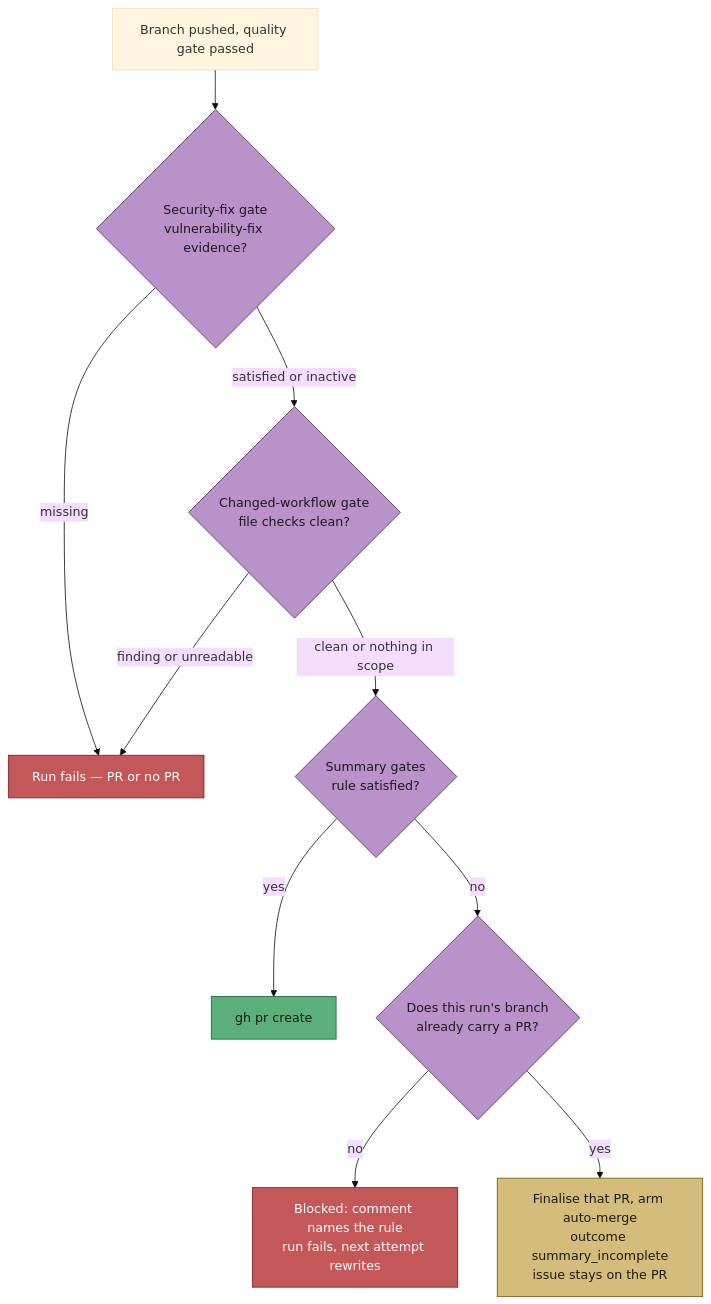
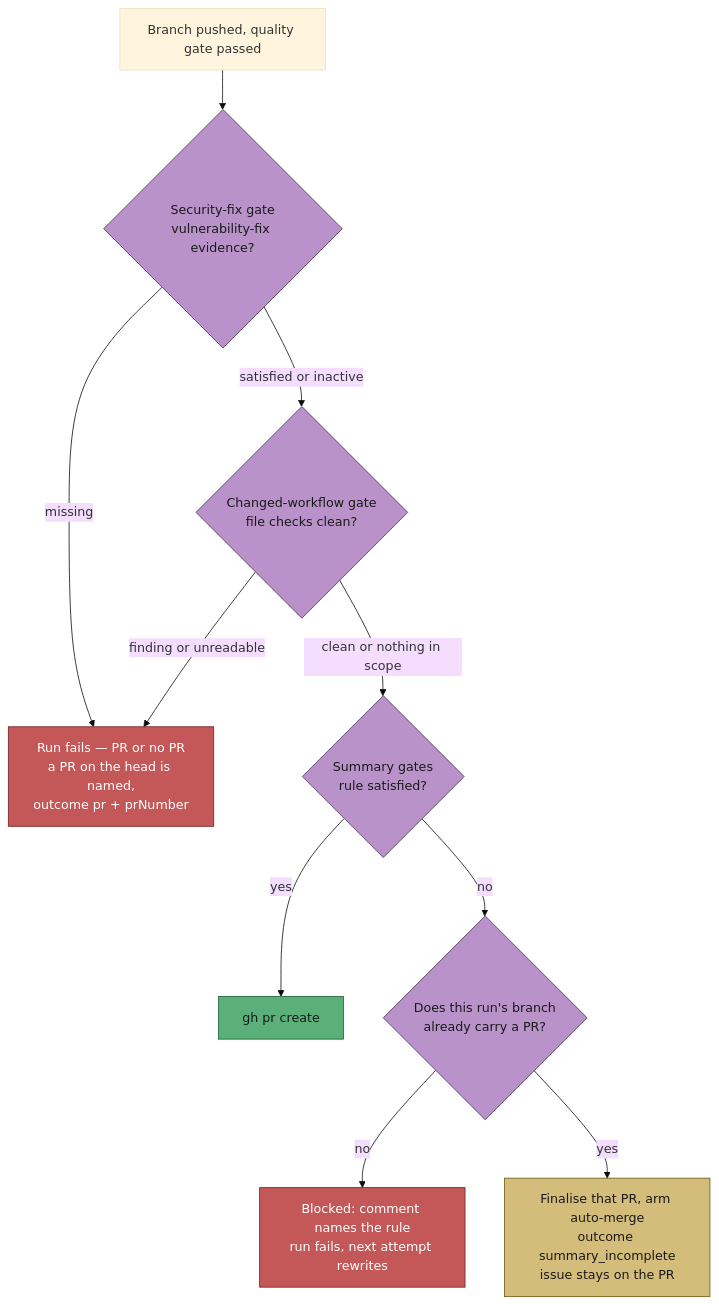
Before and after one commit to stSoftwareAU/VibeCoder: diagram 16 of 18 in docs/workflows/issue-processing.md, drawn with Mermaid (base theme). The commit also changed other lines of this file and 16 other files, not shown here.

````diff
--- a/docs/workflows/issue-processing.md
+++ b/docs/workflows/issue-processing.md
@@ -1105,20 +1136,20 @@
 ```mermaid
 flowchart TD
     A["Branch pushed, quality gate passed"] --> SEC{"Security-fix gate<br/>vulnerability-fix evidence?"}
-    SEC -->|"missing"| F2["Run fails — PR or no PR"]
+    SEC -->|"missing"| F2["Run fails — PR or no PR<br/>a PR on the head is named,<br/>outcome pr + prNumber"]
     SEC -->|"satisfied or inactive"| WF{"Changed-workflow gate<br/>file checks clean?"}
     WF -->|"finding or unreadable"| F2
     WF -->|"clean or nothing in scope"| G{"Summary gates<br/>rule satisfied?"}
     G -->|yes| PR["gh pr create"]
     G -->|no| Q{"Does this run's branch<br/>already carry a PR?"}
     Q -->|no| F["Blocked: comment names the rule<br/>run fails, next attempt rewrites"]
     Q -->|yes| S["Finalise that PR, arm auto-merge<br/>outcome summary_incomplete<br/>issue stays on the PR"]
     style SEC fill:#b892c8,stroke:#4a2d5a,color:#1a1a1a
     style WF fill:#b892c8,stroke:#4a2d5a,color:#1a1a1a
     style G fill:#b892c8,stroke:#4a2d5a,color:#1a1a1a
     style Q fill:#b892c8,stroke:#4a2d5a,color:#1a1a1a
     style PR fill:#5ab078,stroke:#1d5a35,color:#1a1a1a
     style S fill:#d4bc7a,stroke:#6b5510,color:#1a1a1a
     style F fill:#c45858,stroke:#6b2020,color:#fff
     style F2 fill:#c45858,stroke:#6b2020,color:#fff
 ```
````
